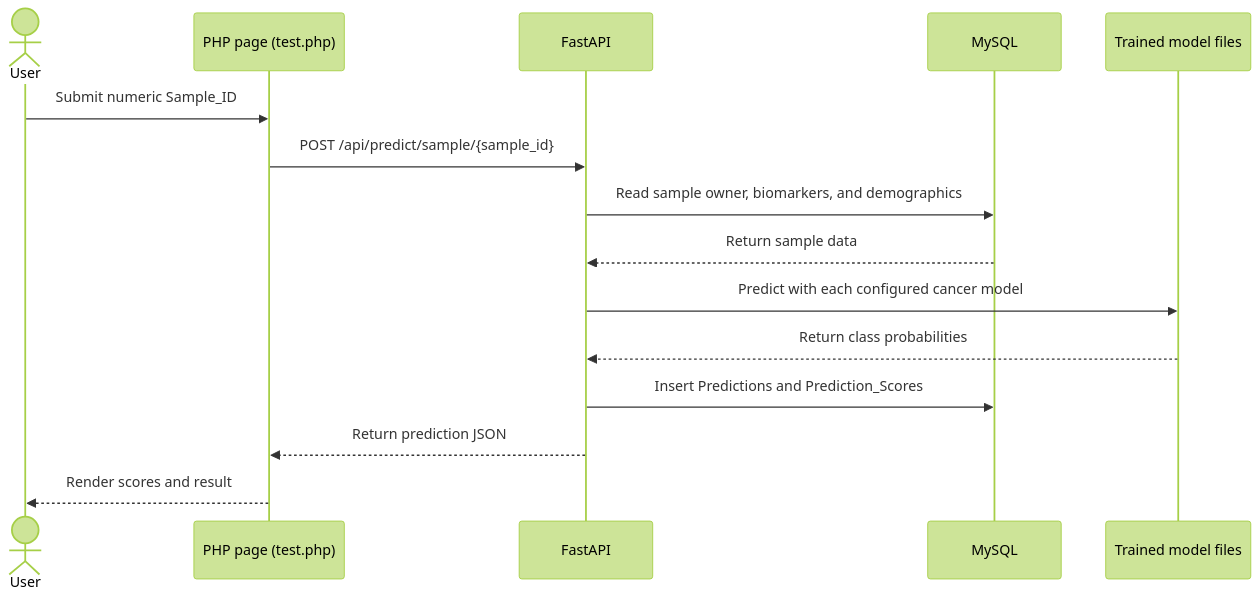
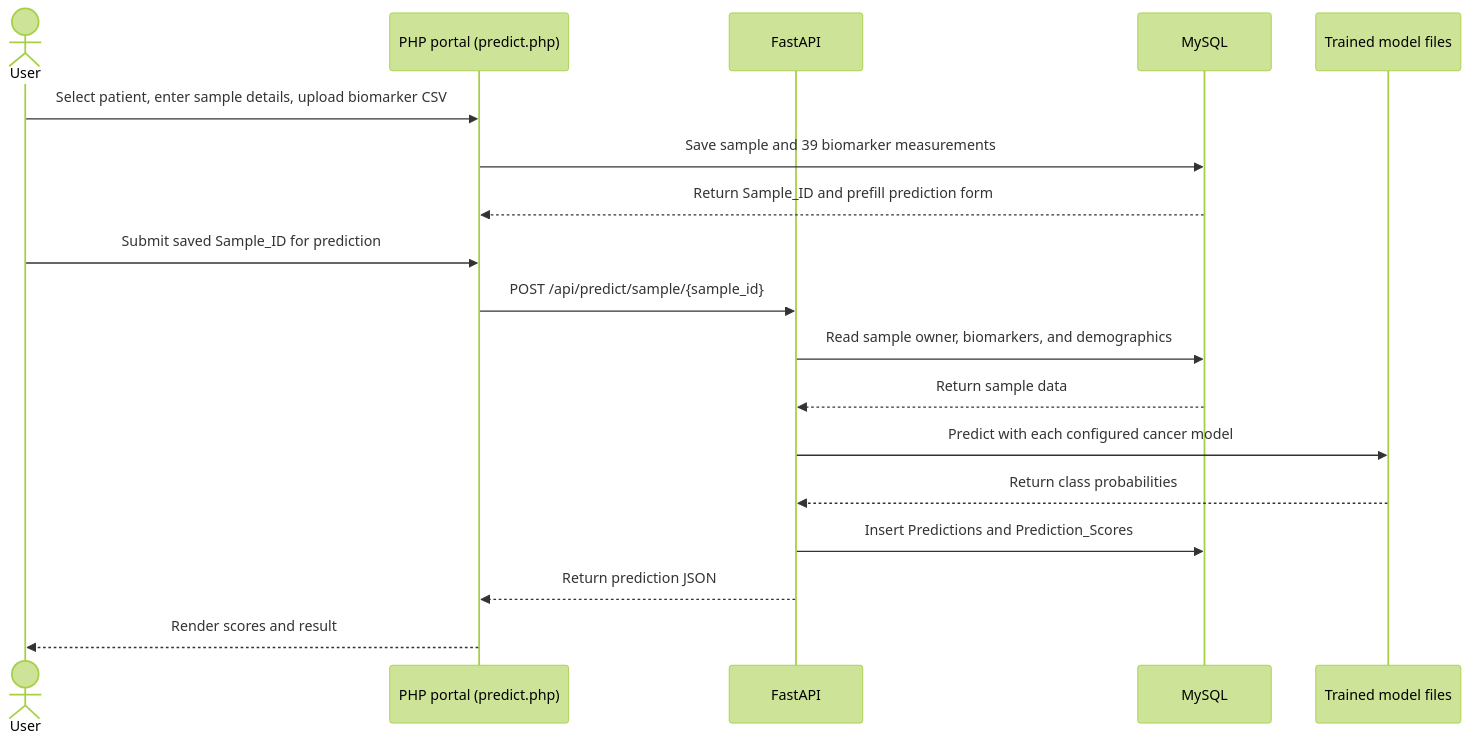
The diagram in docs/model_integration.md (152gabey/DECancerPortal), drawn with Mermaid (forest theme) before and after one commit. The commit also changed other lines of this file and 11 other files, not shown here.

````diff
--- a/docs/model_integration.md
+++ b/docs/model_integration.md
@@ -9,18 +9,21 @@
 ```mermaid
 sequenceDiagram
     actor User
-    participant PHP as PHP page (test.php)
+    participant PHP as PHP portal (predict.php)
     participant API as FastAPI
     participant DB as MySQL
     participant Models as Trained model files
 
-    User->>PHP: Submit numeric Sample_ID
+    User->>PHP: Select patient, enter sample details, upload biomarker CSV
+    PHP->>DB: Save sample and 39 biomarker measurements
+    DB-->>PHP: Return Sample_ID and prefill prediction form
+    User->>PHP: Submit saved Sample_ID for prediction
     PHP->>API: POST /api/predict/sample/{sample_id}
     API->>DB: Read sample owner, biomarkers, and demographics
     DB-->>API: Return sample data
     API->>Models: Predict with each configured cancer model
     Models-->>API: Return class probabilities
     API->>DB: Insert Predictions and Prediction_Scores
     API-->>PHP: Return prediction JSON
     PHP-->>User: Render scores and result
 ```
````
